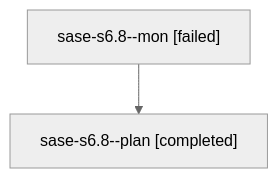
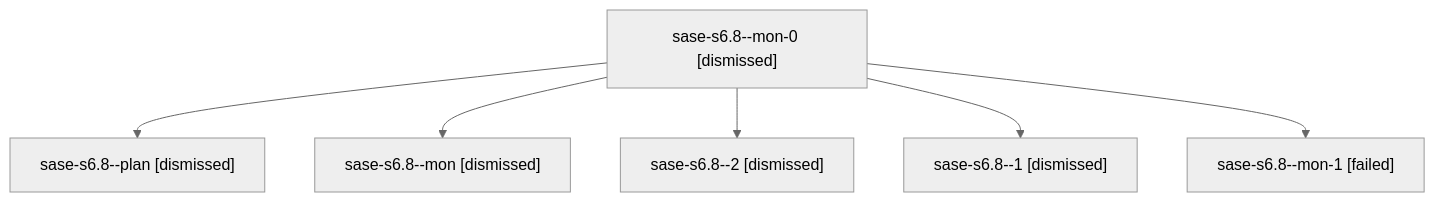
One commit to sase-org/sase--agents changed the diagram in families/bbugyi200.athena.sase-s6.8.md. Above: the diagram before and after it, drawn with Mermaid (neutral theme). The commit also changed other lines of this file and 58 other files, not shown here.

````diff
--- a/families/bbugyi200.athena.sase-s6.8.md
+++ b/families/bbugyi200.athena.sase-s6.8.md
@@ -9,6 +9,14 @@
 ```mermaid
 flowchart TD
-  n0["sase-s6.8--mon [failed]"]
-  n1["sase-s6.8--plan [completed]"]
+  n0["sase-s6.8--mon-0 [dismissed]"]
+  n1["sase-s6.8--plan [dismissed]"]
   n0 --> n1
+  n2["sase-s6.8--mon [dismissed]"]
+  n0 --> n2
+  n3["sase-s6.8--2 [dismissed]"]
+  n0 --> n3
+  n4["sase-s6.8--1 [dismissed]"]
+  n0 --> n4
+  n5["sase-s6.8--mon-1 [failed]"]
+  n0 --> n5
 ```
````
